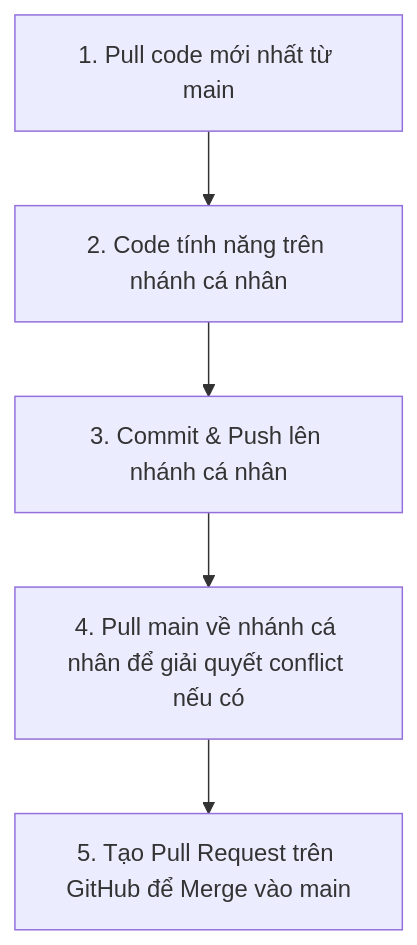
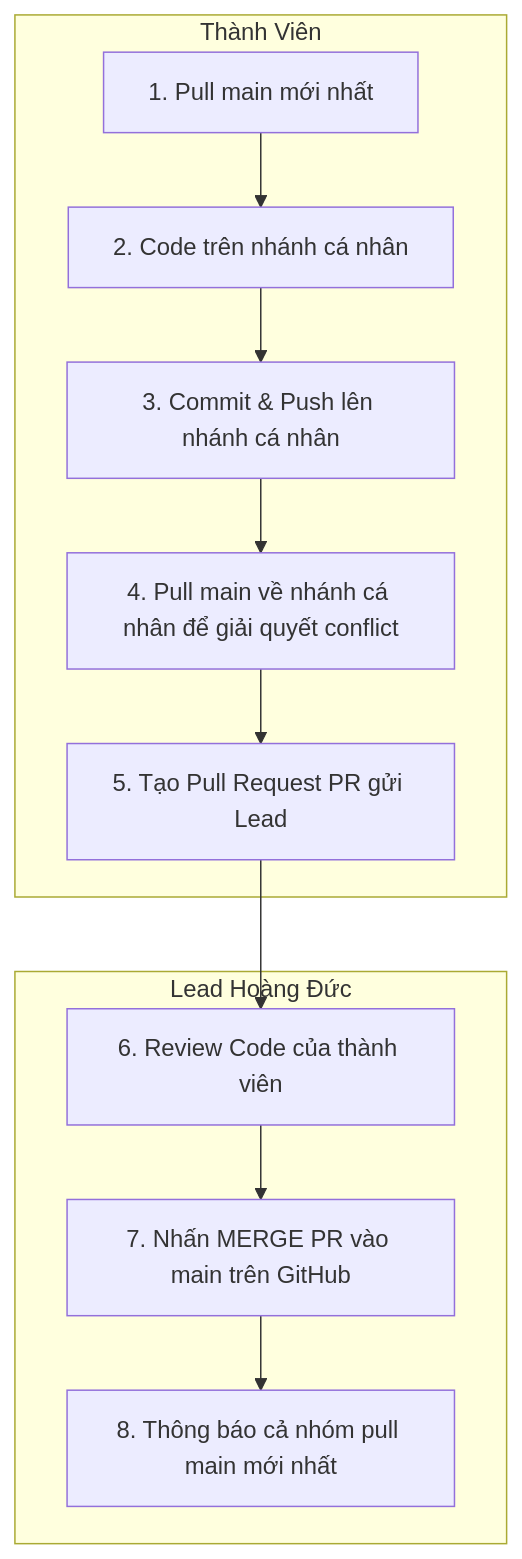
One commit to HoangDuc1205/IS_Times_Website changed the diagram in README.md. Above: the diagram before and after it, drawn with Mermaid. The commit also changed other lines of this file, not shown here.

````diff
--- a/README.md
+++ b/README.md
@@ -29,7 +26,14 @@
 ```mermaid
 graph TD
-    A[1. Pull code mới nhất từ main] --> B[2. Code tính năng trên nhánh cá nhân]
-    B --> C[3. Commit & Push lên nhánh cá nhân]
-    C --> D[4. Pull main về nhánh cá nhân để giải quyết conflict nếu có]
-    D --> E[5. Tạo Pull Request trên GitHub để Merge vào main]
+    subgraph Thành Viên
+        A[1. Pull main mới nhất] --> B[2. Code trên nhánh cá nhân]
+        B --> C[3. Commit & Push lên nhánh cá nhân]
+        C --> D[4. Pull main về nhánh cá nhân để giải quyết conflict]
+        D --> E[5. Tạo Pull Request PR gửi Lead]
+    end
+    subgraph Lead Hoàng Đức
+        E --> F[6. Review Code của thành viên]
+        F --> G[7. Nhấn MERGE PR vào main trên GitHub]
+        G --> H[8. Thông báo cả nhóm pull main mới nhất]
+    end
 ```
````
